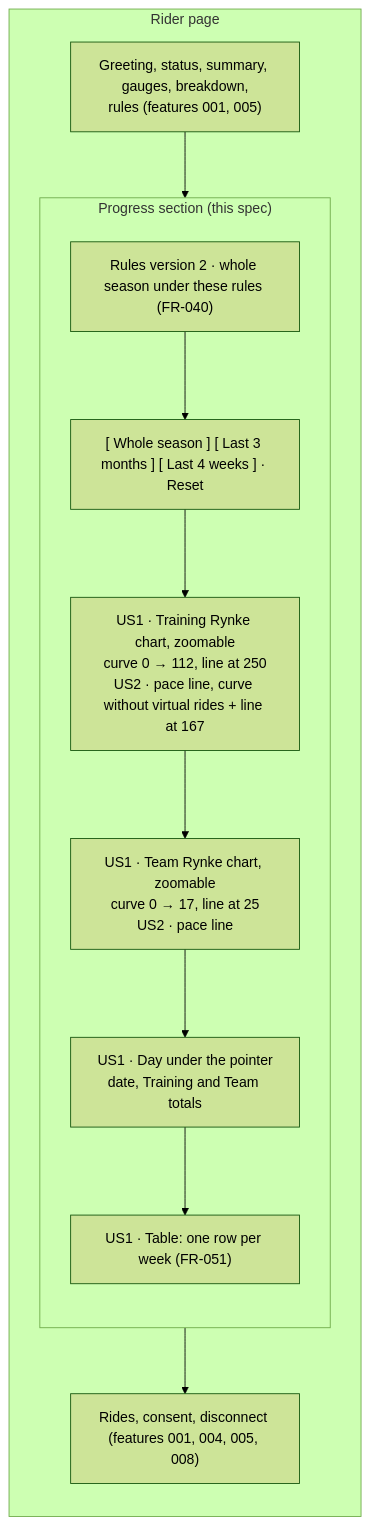
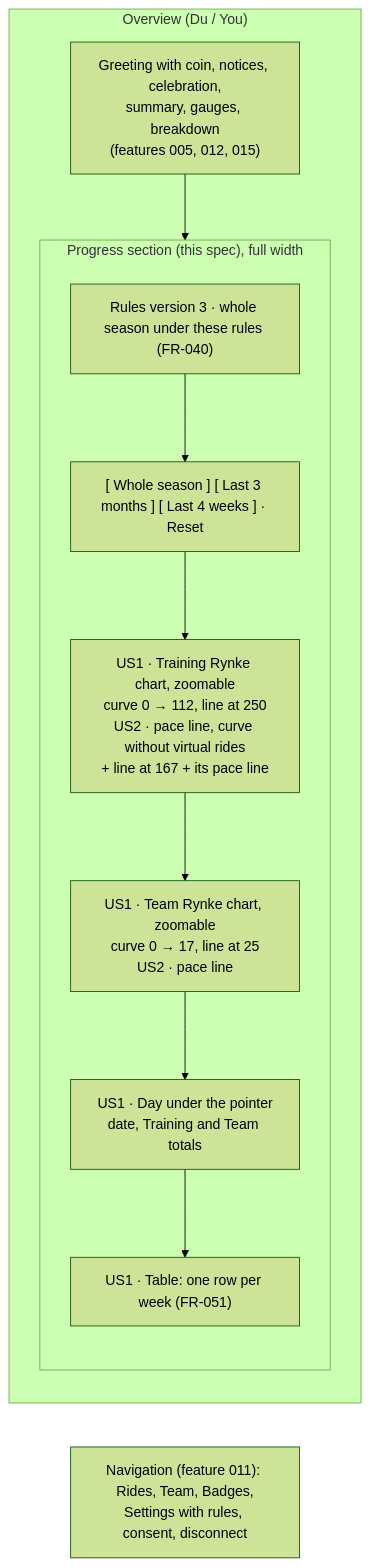
The fourth of 9 diagrams in specs/009-rider-progress-charts/spec.md (SaSteffen/RynkePoints), drawn with Mermaid (forest theme) before and after one commit. The commit also changed other lines of this file, not shown here.

Commit message:
docs(009): bring the progress charts spec up to date with features 011-020

````diff
--- a/specs/009-rider-progress-charts/spec.md
+++ b/specs/009-rider-progress-charts/spec.md
@@ -639,19 +709,20 @@
 ```mermaid
 flowchart TB
-    subgraph page["Rider page"]
+    subgraph page["Overview (Du / You)"]
         direction TB
-        before["Greeting, status, summary, gauges, breakdown,<br/>rules (features 001, 005)"]
-        subgraph section["Progress section (this spec)"]
+        before["Greeting with coin, notices, celebration,<br/>summary, gauges, breakdown<br/>(features 005, 012, 015)"]
+        subgraph section["Progress section (this spec), full width"]
             direction TB
-            label["Rules version 2 · whole season under these rules (FR-040)"]
+            label["Rules version 3 · whole season under these rules (FR-040)"]
             periods["[ Whole season ] [ Last 3 months ] [ Last 4 weeks ] · Reset"]
-            c1["US1 · Training Rynke chart, zoomable<br/>curve 0 → 112, line at 250<br/>US2 · pace line, curve without virtual rides + line at 167"]
+            c1["US1 · Training Rynke chart, zoomable<br/>curve 0 → 112, line at 250<br/>US2 · pace line, curve without virtual rides<br/>+ line at 167 + its pace line"]
             c2["US1 · Team Rynke chart, zoomable<br/>curve 0 → 17, line at 25<br/>US2 · pace line"]
             details["US1 · Day under the pointer<br/>date, Training and Team totals"]
             table["US1 · Table: one row per week (FR-051)"]
             label --> periods --> c1 --> c2 --> details --> table
         end
-        after["Rides, consent, disconnect (features 001, 004, 005, 008)"]
-        before --> section --> after
+        before --> section
     end
+    nav["Navigation (feature 011): Rides, Team, Badges,<br/>Settings with rules, consent, disconnect"]
+    page ~~~ nav
 ```
````
